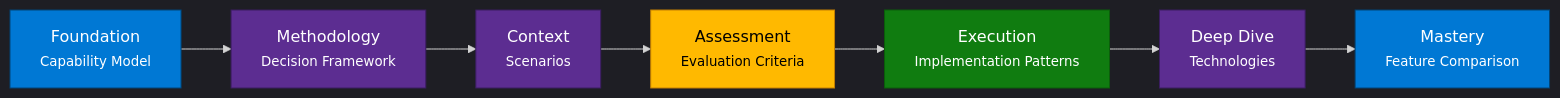
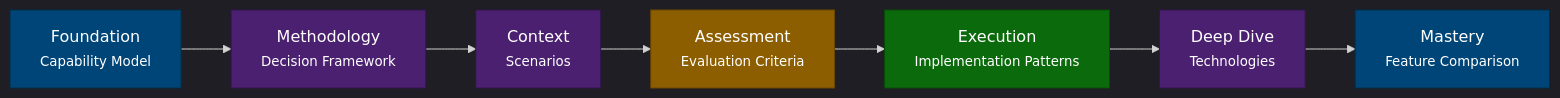
The first of 2 diagrams in README.md (microsoft/Microsoft-AI-Decision-Framework), drawn with Mermaid before and after one commit. The commit also changed other lines of this file and 11 other files, not shown here.

Commit message:
docs: refresh devcontainer guidance and mermaid palette

````diff
--- a/README.md
+++ b/README.md
@@ -61,29 +61,29 @@
 ```mermaid
 %%{init: {'theme':'dark'}}%%
 flowchart LR
     F["Foundation<br><small>Capability Model</small>"]
     M["Methodology<br><small>Decision Framework</small>"]
     C["Context<br><small>Scenarios</small>"]
     A["Assessment<br><small>Evaluation Criteria</small>"]
     E["Execution<br><small>Implementation Patterns</small>"]
     D["Deep Dive<br><small>Technologies</small>"]
     MS["Mastery<br><small>Feature Comparison</small>"]
 
     F --> M --> C --> A --> E --> D --> MS
 
     click F "{{ site.baseurl }}/docs/capability-model" "Open Capability Model" _self
     click M "{{ site.baseurl }}/docs/decision-framework" "Open Decision Framework" _self
     click C "{{ site.baseurl }}/docs/scenarios" "Open Scenarios" _self
     click A "{{ site.baseurl }}/docs/evaluation-criteria" "Open Evaluation Criteria" _self
     click E "{{ site.baseurl }}/docs/implementation-patterns" "Open Implementation Patterns" _self
     click D "{{ site.baseurl }}/docs/technologies" "Open Technologies" _self
     click MS "{{ site.baseurl }}/docs/feature-comparison" "Open Feature Comparison" _self
 
-    style F fill:#0078D4,stroke:#004578,color:#fff
-    style M fill:#5C2D91,stroke:#3B1D61,color:#fff
-    style C fill:#5C2D91,stroke:#3B1D61,color:#fff
-    style A fill:#FFB900,stroke:#C47F00,color:#000
-    style E fill:#107C10,stroke:#0B5E0B,color:#fff
-    style D fill:#5C2D91,stroke:#3B1D61,color:#fff
-    style MS fill:#0078D4,stroke:#004578,color:#fff
+    style F fill:#004578,stroke:#002f4a,color:#fff
+    style M fill:#4b2070,stroke:#33154c,color:#fff
+    style C fill:#4b2070,stroke:#33154c,color:#fff
+    style A fill:#8c5e00,stroke:#6a4700,color:#fff
+    style E fill:#0b6a0b,stroke:#084c08,color:#fff
+    style D fill:#4b2070,stroke:#33154c,color:#fff
+    style MS fill:#004578,stroke:#002f4a,color:#fff
 ```
````
